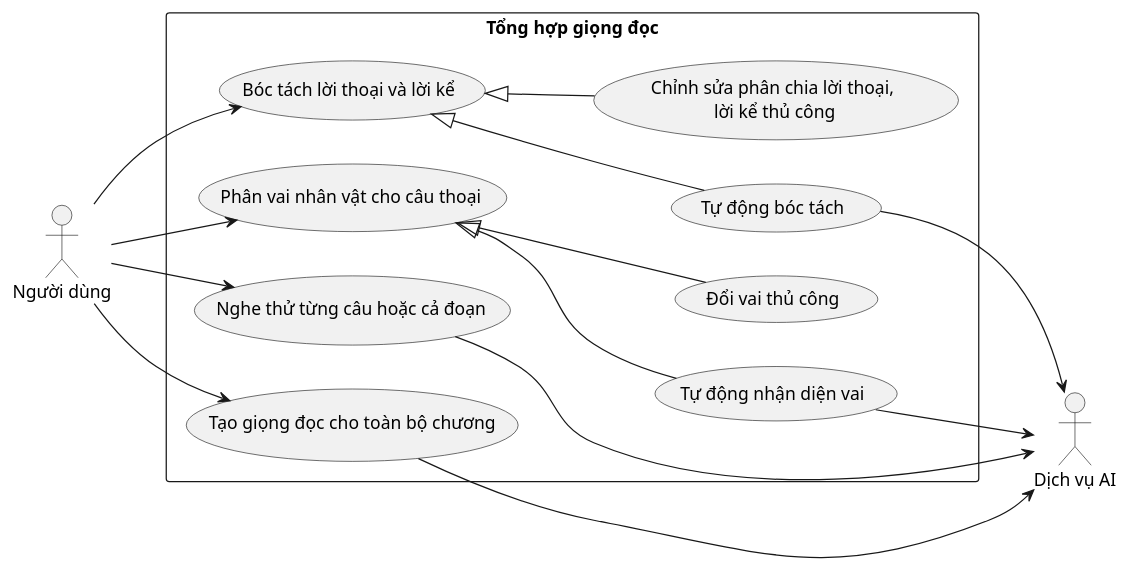
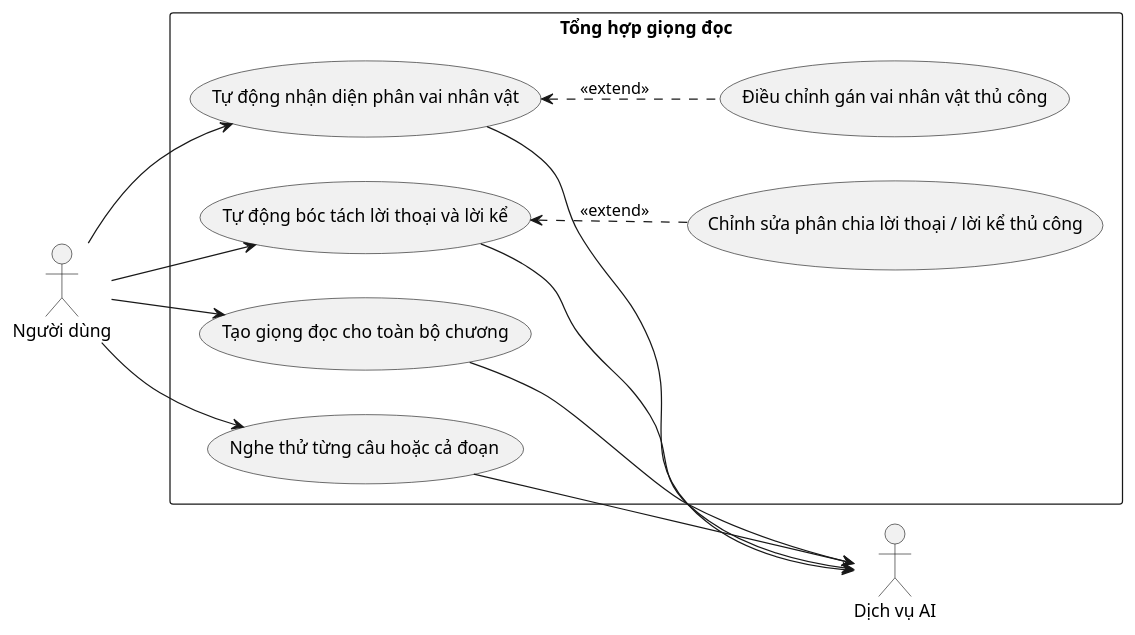
The diagram in docs/bieu-do-uc/bieu-do-uc-chi-tiet/make/cau-hinh-va-tong-hop-giong-doc/tong-hop-giong-doc.puml (202416852-anhpv/story2video-docs), drawn with PlantUML before and after one commit. The commit also changed 5 other files, not shown here.

```diff
--- a/docs/bieu-do-uc/bieu-do-uc-chi-tiet/make/cau-hinh-va-tong-hop-giong-doc/tong-hop-giong-doc.puml
+++ b/docs/bieu-do-uc/bieu-do-uc-chi-tiet/make/cau-hinh-va-tong-hop-giong-doc/tong-hop-giong-doc.puml
@@ -1,39 +1,34 @@
 @startuml tong-hop-giong-doc
 left to right direction
 
 actor "Người dùng" as User
 actor "Dịch vụ AI" as AI_Service
 
 rectangle "Tổng hợp giọng đọc" {
     ' --- NHÓM 1: BÓC TÁCH LỜI THOẠI & LỜI KỂ ---
-    usecase "Bóc tách lời thoại và lời kể" as UC_01
-    usecase "Tự động bóc tách" as UC_01_AI
-    usecase "Chỉnh sửa phân chia lời thoại,\n lời kể thủ công" as UC_01_Manual
+    usecase "Tự động bóc tách lời thoại và lời kể" as UC_01
+    usecase "Chỉnh sửa phân chia lời thoại / lời kể thủ công" as UC_01_Manual
 
     ' --- NHÓM 2: PHÂN VAI NHÂN VẬT ---
-    usecase "Phân vai nhân vật cho câu thoại" as UC_02
-    usecase "Tự động nhận diện vai" as UC_02_AI
-    usecase "Đổi vai thủ công" as UC_02_Manual
+    usecase "Tự động nhận diện phân vai nhân vật" as UC_02
+    usecase "Điều chỉnh gán vai nhân vật thủ công" as UC_02_Manual
 
     ' --- NHÓM 3: SINH ÂM THANH & KIỂM TRA ---
     usecase "Nghe thử từng câu hoặc cả đoạn" as UC_03
     usecase "Tạo giọng đọc cho toàn bộ chương" as UC_04
 }
 
 User --> UC_01
 User --> UC_02
 User --> UC_03
 User --> UC_04
 
-UC_01 <|-- UC_01_AI
-UC_01 <|-- UC_01_Manual
+UC_01 <.. UC_01_Manual : <<extend>>
+UC_02 <.. UC_02_Manual : <<extend>>
 
-UC_02 <|-- UC_02_AI
-UC_02 <|-- UC_02_Manual
-
-UC_01_AI --> AI_Service
-UC_02_AI --> AI_Service
+UC_01 --> AI_Service
+UC_02 --> AI_Service
 UC_03 --> AI_Service
 UC_04 --> AI_Service
 
 @enduml
```
